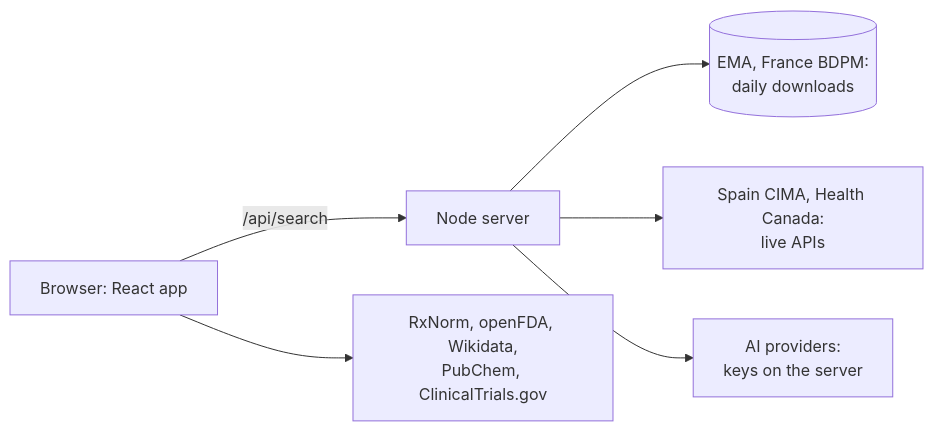
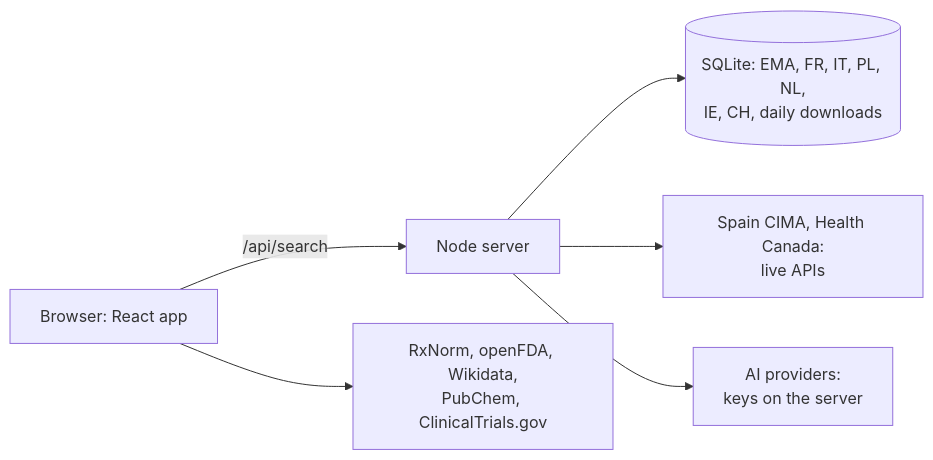
Before and after one commit to andreibesleaga/medicine-finder: the diagram in README.md, drawn with Mermaid. The commit also changed other lines of this file and 66 other files, not shown here.

````diff
--- a/README.md
+++ b/README.md
@@ -41,8 +48,8 @@
 ```mermaid
 flowchart LR
   U[Browser: React app] -->|/api/search| S[Node server]
   U --> O[RxNorm, openFDA, Wikidata,<br/>PubChem, ClinicalTrials.gov]
-  S --> E[(EMA, France BDPM:<br/>daily downloads)]
+  S --> E[(SQLite: EMA, FR, IT, PL, NL,<br/>IE, CH, daily downloads)]
   S --> L[Spain CIMA, Health Canada:<br/>live APIs]
   S --> A[AI providers:<br/>keys on the server]
 ```
````
